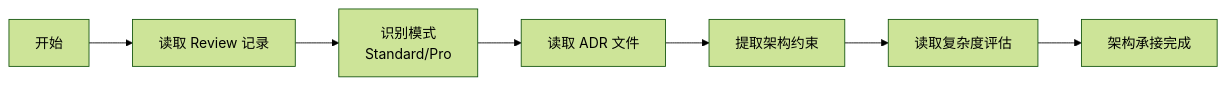
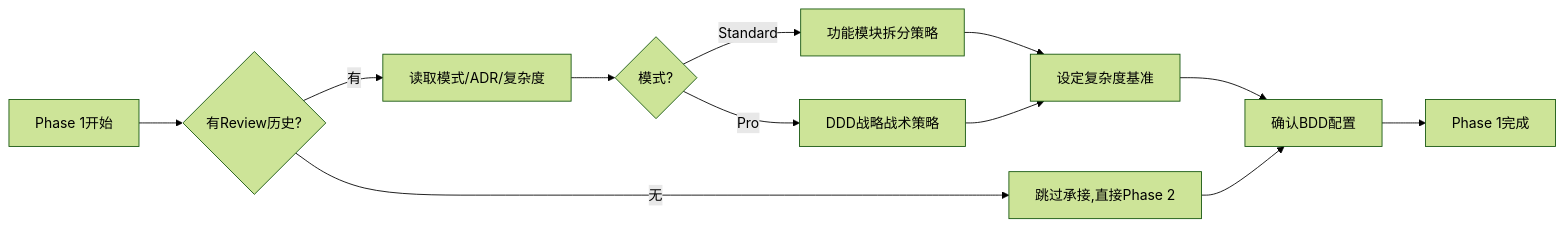
Before and after one commit to Lockeysama/TheConn: the first of 5 diagrams in .the_conn/playbooks/planning/requirements_breakdown.md, drawn with Mermaid (forest theme). The commit also changed other lines of this file and 3 other files, not shown here.

````diff
--- a/.the_conn/playbooks/planning/requirements_breakdown.md
+++ b/.the_conn/playbooks/planning/requirements_breakdown.md
@@ -74,9 +113,14 @@
 ```mermaid
 graph LR
-    A[开始] --> B[读取 Review 记录]
-    B --> C[识别模式<br/>Standard/Pro]
-    C --> D[读取 ADR 文件]
-    D --> E[提取架构约束]
-    E --> F[读取复杂度评估]
-    F --> G[架构承接完成]
+    A[Phase 1开始] --> B{有Review历史?}
+    B -->|有| C[读取模式/ADR/复杂度]
+    B -->|无| D[跳过承接,直接Phase 2]
+    C --> E{模式?}
+    E -->|Standard| F[功能模块拆分策略]
+    E -->|Pro| G[DDD战略战术策略]
+    F --> H[设定复杂度基准]
+    G --> H
+    H --> I[确认BDD配置]
+    I --> J[Phase 1完成]
+    D --> I
 ```
````
